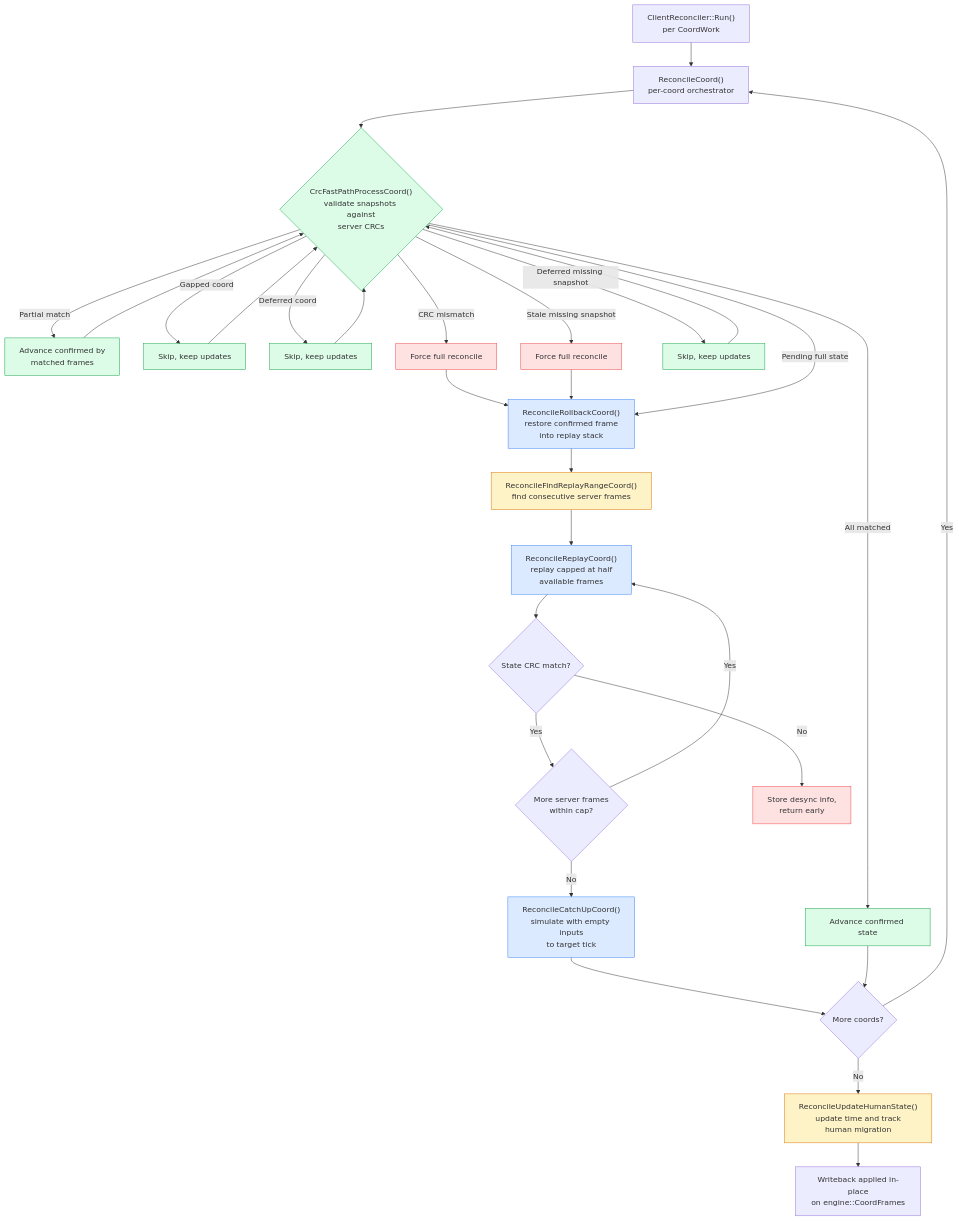
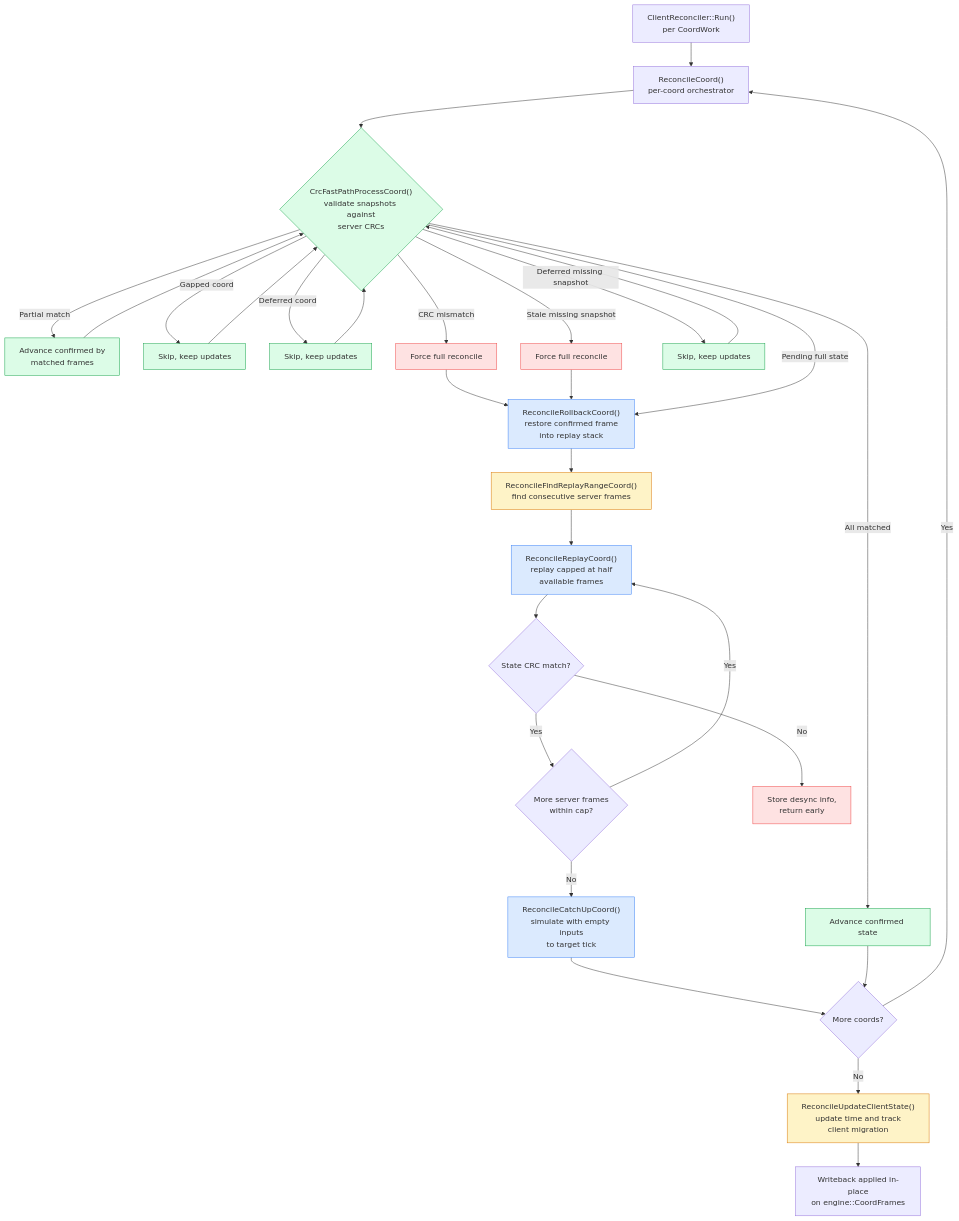
One commit to DougTanner/BrokenEnginePublic changed the first of 5 diagrams in Documents/Architecture/GameReconciliation.md. Above: the diagram before and after it, drawn with Mermaid. The commit also changed 30 other files, not shown here.

````diff
--- a/Documents/Architecture/GameReconciliation.md
+++ b/Documents/Architecture/GameReconciliation.md
@@ -9,50 +9,50 @@
 ```mermaid
 %%{init: {'theme': 'default'}}%%
 flowchart TD
     classDef fastpath fill:#dcfce7,stroke:#16a34a
     classDef replay fill:#dbeafe,stroke:#3b82f6
     classDef error fill:#fee2e2,stroke:#ef4444
     classDef state fill:#fef3c7,stroke:#d97706
 
     START["ClientReconciler::Run()<br/>per CoordWork"] --> COORD["ReconcileCoord()<br/>per-coord orchestrator"]
 
     COORD --> CRC
 
     CRC{"CrcFastPathProcessCoord()<br/>validate snapshots against<br/>server CRCs"}:::fastpath
     CRC -->|"All matched"| FASTDONE["Advance confirmed state"]:::fastpath
     CRC -->|"Partial match"| PARTIAL["Advance confirmed by<br/>matched frames"]:::fastpath
     PARTIAL --> CRC
     CRC -->|"Gapped coord"| GAPSKIP["Skip, keep updates"]:::fastpath
     GAPSKIP --> CRC
     CRC -->|"Deferred coord"| DEFERRED["Skip, keep updates"]:::fastpath
     DEFERRED --> CRC
     CRC -->|"CRC mismatch"| MISMATCH["Force full reconcile"]:::error
     MISMATCH --> ROLLBACK
     CRC -->|"Stale missing snapshot"| STALENOSNAPSHOT["Force full reconcile"]:::error
     STALENOSNAPSHOT --> ROLLBACK
     CRC -->|"Deferred missing snapshot"| DEFNOSNAPSHOT["Skip, keep updates"]:::fastpath
     DEFNOSNAPSHOT --> CRC
     CRC -->|"Pending full state"| ROLLBACK
 
     ROLLBACK["ReconcileRollbackCoord()<br/>restore confirmed frame<br/>into replay stack"]:::replay --> FINDRANGE
 
     FINDRANGE["ReconcileFindReplayRangeCoord()<br/>find consecutive server frames"]:::state --> REPLAY
 
     REPLAY["ReconcileReplayCoord()<br/>replay capped at half<br/>available frames"]:::replay
 
     REPLAY --> CRCCHECK{"State CRC match?"}
     CRCCHECK -->|"Yes"| NEXTSRV{"More server frames<br/>within cap?"}
     CRCCHECK -->|"No"| DESYNC["Store desync info,<br/>return early"]:::error
 
     NEXTSRV -->|"Yes"| REPLAY
     NEXTSRV -->|"No"| CATCHUP
 
     CATCHUP["ReconcileCatchUpCoord()<br/>simulate with empty inputs<br/>to target tick"]:::replay
 
     CATCHUP --> NEXTCOORD{"More coords?"}
     NEXTCOORD -->|"Yes"| COORD
-    NEXTCOORD -->|"No"| HUMAN["ReconcileUpdateHumanState()<br/>update time and track<br/>human migration"]:::state
+    NEXTCOORD -->|"No"| CLIENTSTATE["ReconcileUpdateClientState()<br/>update time and track<br/>client migration"]:::state
 
-    HUMAN --> DONE["Writeback applied in-place<br/>on engine::CoordFrames"]
+    CLIENTSTATE --> DONE["Writeback applied in-place<br/>on engine::CoordFrames"]
     FASTDONE --> NEXTCOORD
 ```
````
